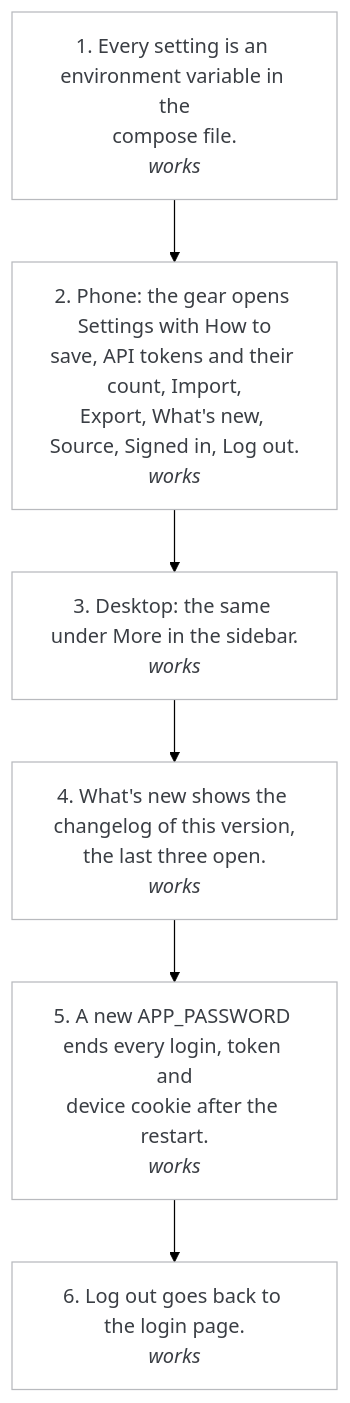
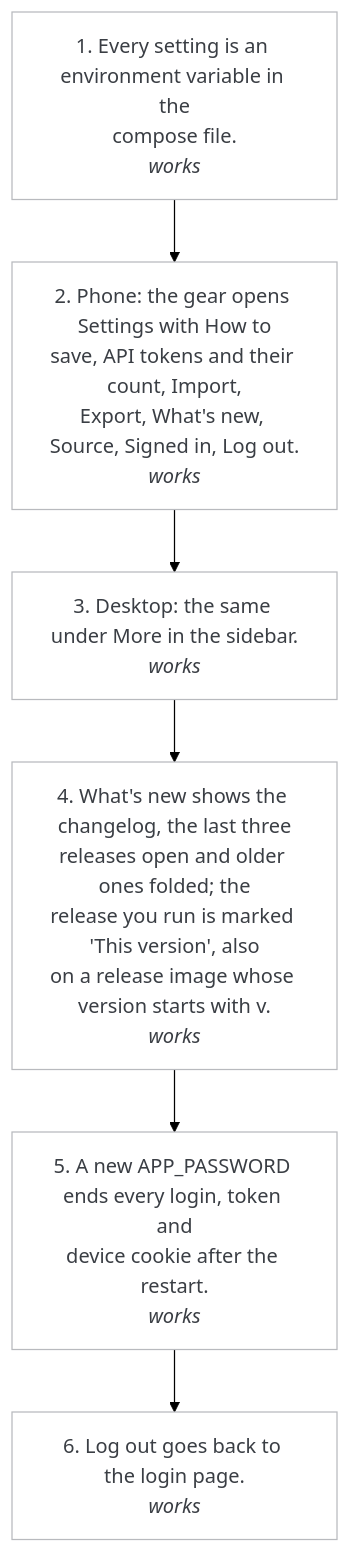
The diagram in design/wireframes/flows/10-settings.mmd (pinned-cc/pinned), drawn with Mermaid (forest theme) before and after one commit. The commit also changed 24 other files, not shown here.

Commit message:
Wireframes: the flows describe 0.1.12, step texts and verdicts from the flow test of 04.11 and the 0.1.12 build; the lock note, What's new, the extension's http warning and the phone head when the server is down drawn as they are; build.py no longer rewrites the record of 31.10

```diff
--- a/design/wireframes/flows/10-settings.mmd
+++ b/design/wireframes/flows/10-settings.mmd
@@ -1,15 +1,15 @@
 flowchart TD
   classDef works fill:#ffffff,stroke:#b8babe,color:#3a3e44;
   classDef friction fill:#f6f7f7,stroke:#3a3e44,stroke-width:2px,color:#3a3e44;
   classDef broken fill:#ffffff,stroke:#c4362b,stroke-width:2px,color:#c4362b;
   S1["1. Every setting is an environment variable in the<br/>compose file.<br/><i>works</i>"]:::works
   S2["2. Phone: the gear opens Settings with How to<br/>save, API tokens and their count, Import,<br/>Export, What's new, Source, Signed in, Log out.<br/><i>works</i>"]:::works
   S3["3. Desktop: the same under More in the sidebar.<br/><i>works</i>"]:::works
-  S4["4. What's new shows the changelog of this version,<br/>the last three open.<br/><i>works</i>"]:::works
+  S4["4. What's new shows the changelog, the last three<br/>releases open and older ones folded; the<br/>release you run is marked 'This version', also<br/>on a release image whose version starts with v.<br/><i>works</i>"]:::works
   S5["5. A new APP_PASSWORD ends every login, token and<br/>device cookie after the restart.<br/><i>works</i>"]:::works
   S6["6. Log out goes back to the login page.<br/><i>works</i>"]:::works
   S1 --> S2
   S2 --> S3
   S3 --> S4
   S4 --> S5
   S5 --> S6
```
